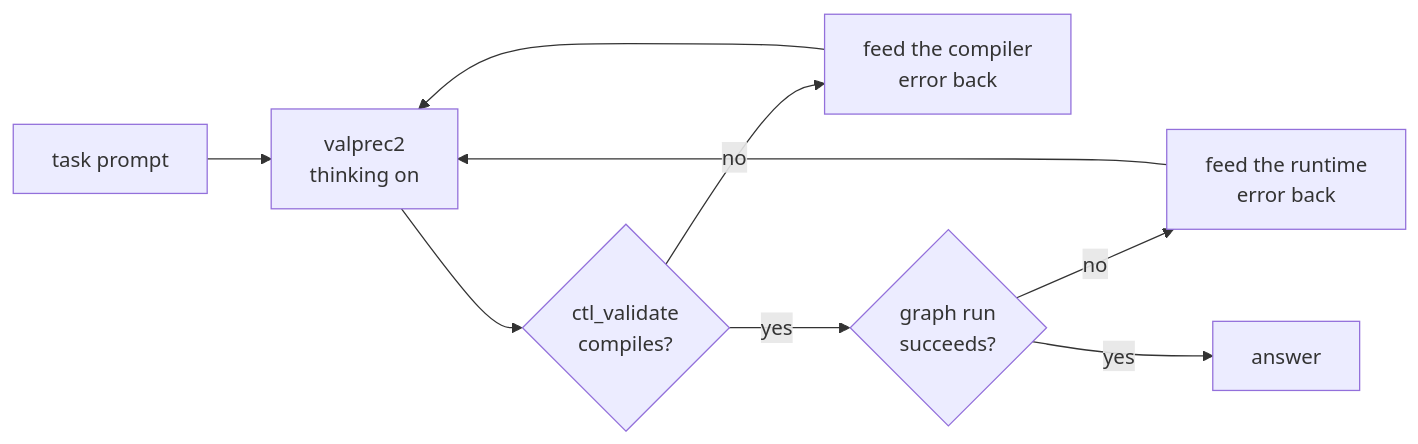
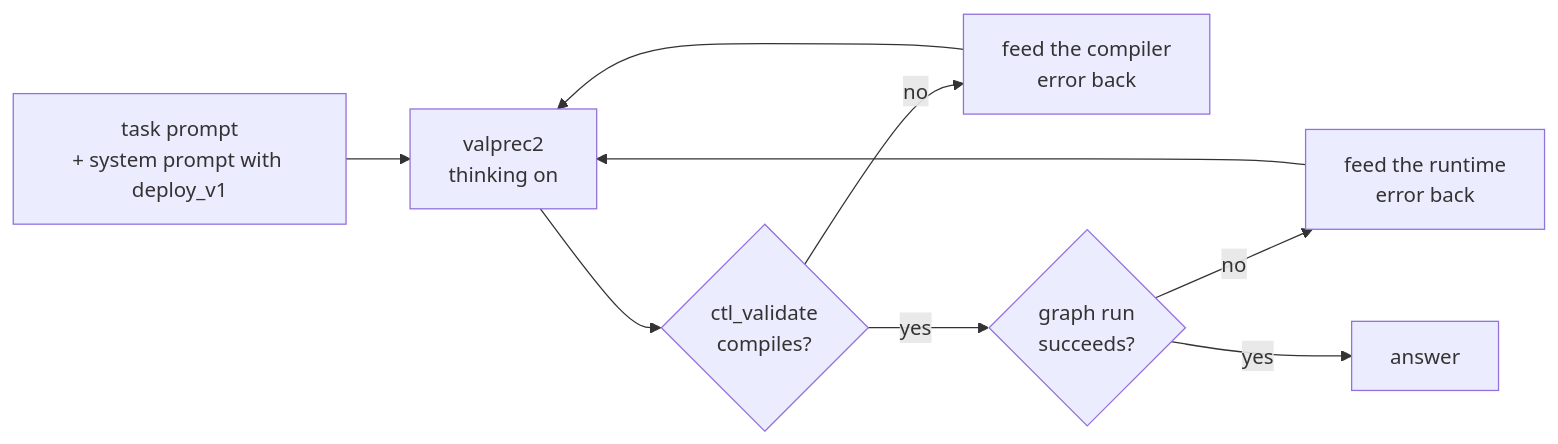
The eighth of 8 diagrams in spec/model_rebuild_howto.md (dpavlis/ctl_llm_validation), drawn with Mermaid before and after one commit. The commit also changed other lines of this file, not shown here.

````diff
--- a/spec/model_rebuild_howto.md
+++ b/spec/model_rebuild_howto.md
@@ -465,11 +526,11 @@
 ```mermaid
 flowchart LR
-    U["task prompt"] --> M["valprec2<br/>thinking on"]
+    U["task prompt<br/>+ system prompt with deploy_v1"] --> M["valprec2<br/>thinking on"]
     M --> C{"ctl_validate<br/>compiles?"}
     C -- "no" --> F["feed the compiler<br/>error back"]
     C -- "yes" --> R{"graph run<br/>succeeds?"}
     R -- "no" --> F2["feed the runtime<br/>error back"]
     R -- "yes" --> OK["answer"]
     F --> M
     F2 --> M
 ```
````
